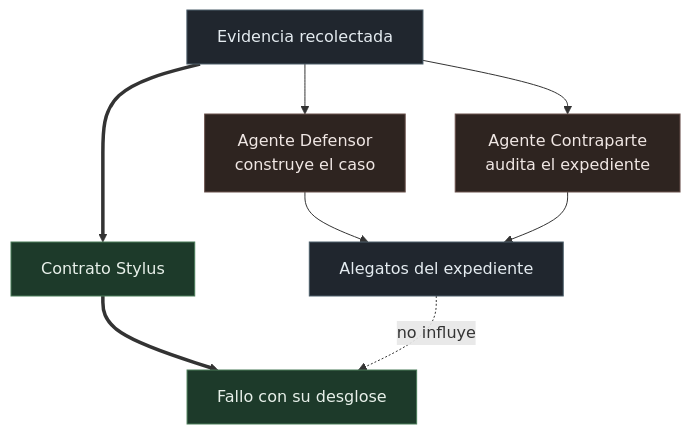
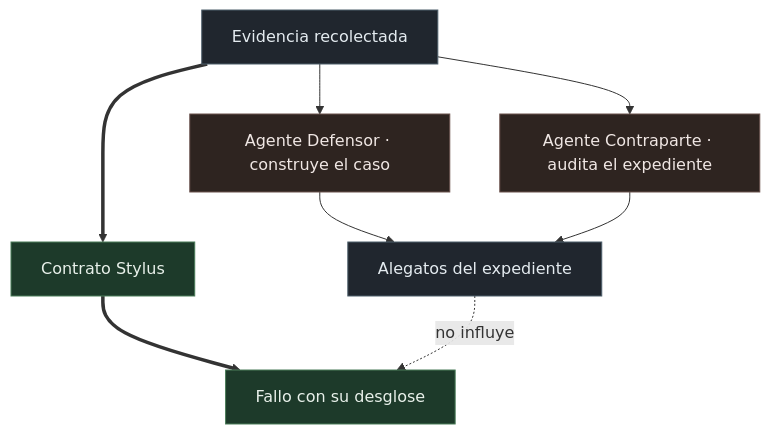
Before and after one commit to kasbsquall/remand: the third of 5 diagrams in docs/ARCHITECTURE.md, drawn with Mermaid. The commit also changed other lines of this file, not shown here.

First line of the commit message:
fix(docs): etiquetas de Mermaid en una sola linea

````diff
--- a/docs/ARCHITECTURE.md
+++ b/docs/ARCHITECTURE.md
@@ -137,21 +137,21 @@
 ```mermaid
 flowchart TB
     E["Evidencia recolectada"]
-    E --> DEF["Agente Defensor<br>construye el caso"]
-    E --> CON["Agente Contraparte<br>audita el expediente"]
+    E --> DEF["Agente Defensor · construye el caso"]
+    E --> CON["Agente Contraparte · audita el expediente"]
 
     DEF --> EXP["Alegatos del expediente"]
     CON --> EXP
 
     E ==> SC["Contrato Stylus"]
     SC ==> F["Fallo con su desglose"]
 
     EXP -.->|"no influye"| F
 
     classDef agent fill:#2e2420,stroke:#6b524d,color:#f0e7e4
     classDef chain fill:#1d3a2a,stroke:#4a7c59,color:#e8f0ea
     classDef data fill:#20262e,stroke:#4d5f6b,color:#e4ebf0
     class DEF,CON agent
     class SC,F chain
     class E,EXP data
 ```
````
